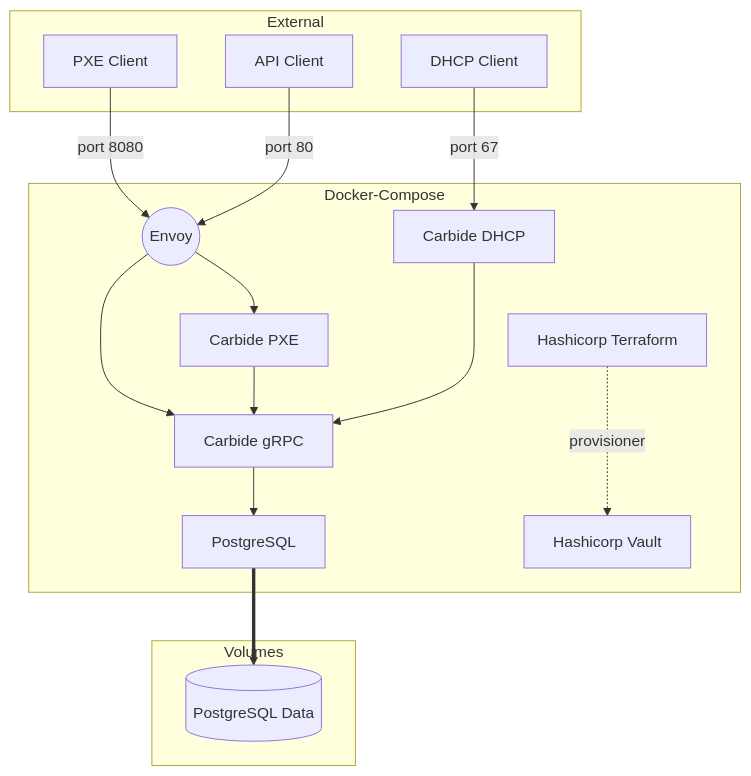
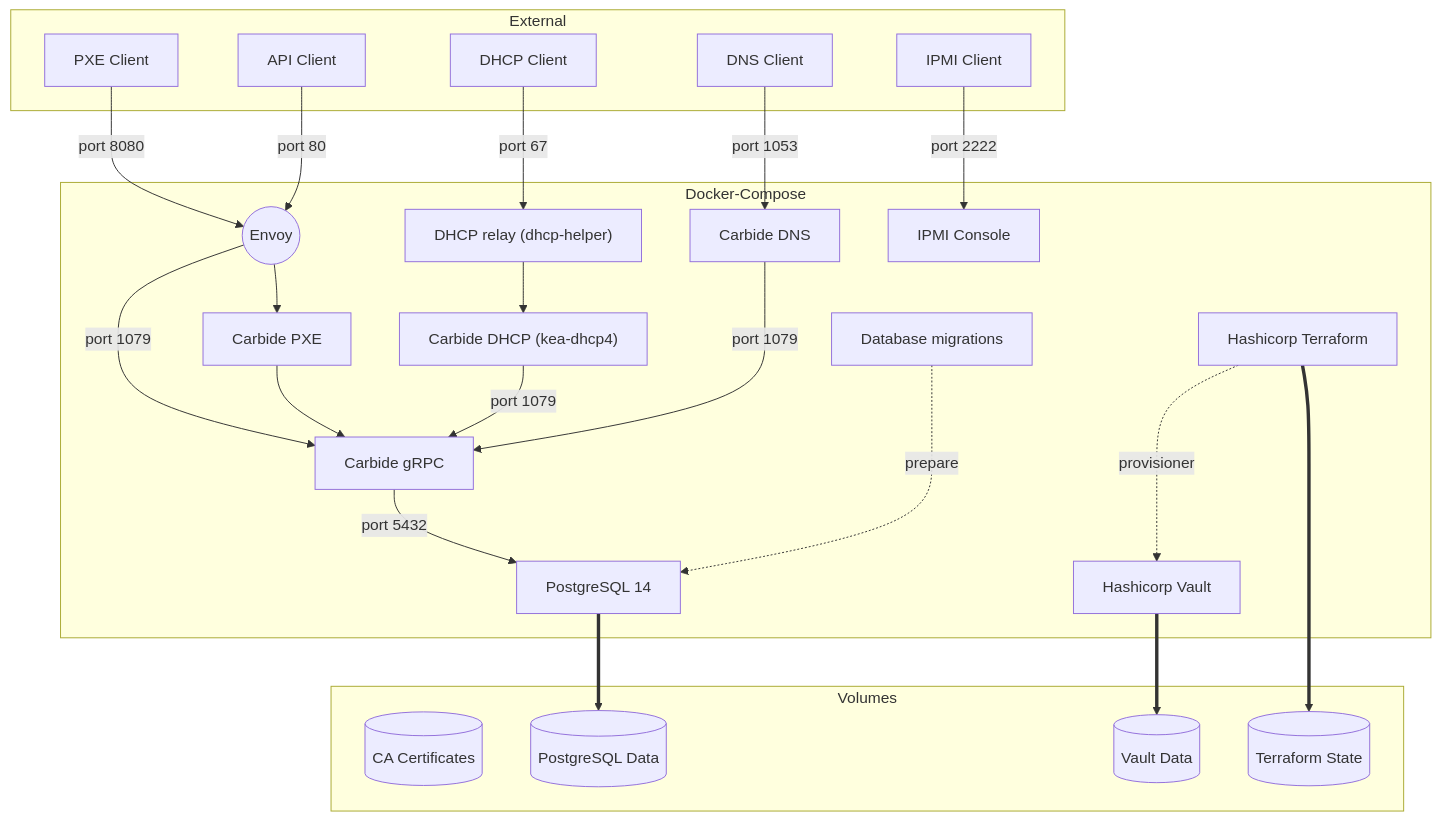
The diagram in book/src/docker/development.md (NVIDIA/bare-metal-manager-core), drawn with Mermaid before and after one commit. The commit also changed other lines of this file and 4 other files, not shown here.

Commit message:
book: More updates, including the mermaid diagram.

````diff
--- a/book/src/docker/development.md
+++ b/book/src/docker/development.md
@@ -11,35 +10,51 @@
 ```mermaid
 flowchart TD
     subgraph Docker-Compose
         gw(("Envoy"))
-        dhcp["Carbide DHCP"]
+        dhcp-relay["DHCP relay (dhcp-helper)"]
+        dhcp["Carbide DHCP (kea-dhcp4)"]
         api["Carbide gRPC"]
         pxe["Carbide PXE"]
-        pg["PostgreSQL"]
+        pg["PostgreSQL 14"]
         vault["Hashicorp Vault"]
         terraform["Hashicorp Terraform"]
+        migrations["Database migrations"]
+        dns["Carbide DNS"]
+        ipmi["IPMI Console"]
     end
 
     subgraph Volumes
-        data[("PostgreSQL Data")]
+        certs[("CA Certificates")]
+        pg-data[("PostgreSQL Data")]
+        vault-data[("Vault Data")]
+        terraform-data[("Terraform State")]
     end
 
-    gw --> api
+    gw -->|port 1079| api
     gw --> pxe
-    api --> pg
+    api -->|port 5432| pg
     pxe --> api
-    pg ==> data
-    dhcp --> api
+    pg ==> pg-data
+    vault ==> vault-data
+    terraform ==> terraform-data
+    dhcp-relay --> dhcp
+    dhcp -->|port 1079| api
+    dns -->|port 1079| api
 
     subgraph External
         client_dhcp["DHCP Client"]
+        client_dns["DNS Client"]
         client_api["API Client"]
         client_pxe["PXE Client"]
+        client_ipmi["IPMI Client"]
     end
 
     client_pxe -->|port 8080| gw
     client_api -->|port 80| gw
-    client_dhcp -->|port 67| dhcp
+    client_dhcp -->|port 67| dhcp-relay
+    client_dns -->|port 1053| dns
+    client_ipmi -->|port 2222| ipmi
 
     terraform -..->|provisioner| vault
+    migrations -..->|prepare| pg
 ```
````
